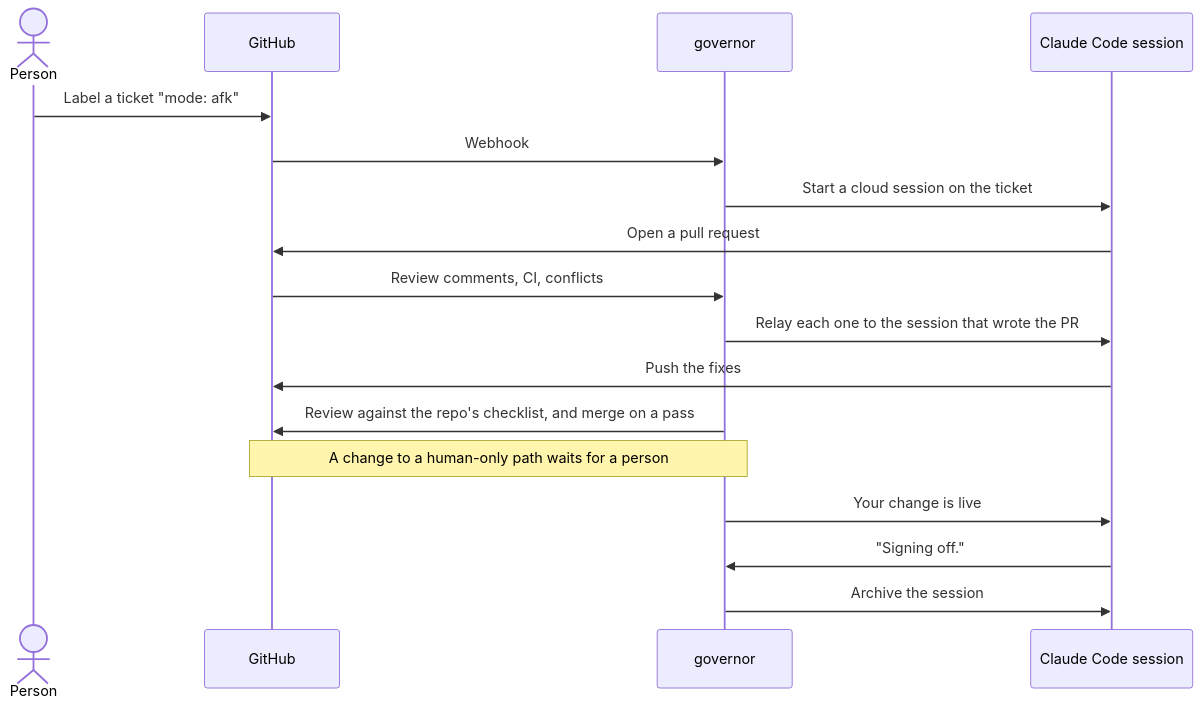
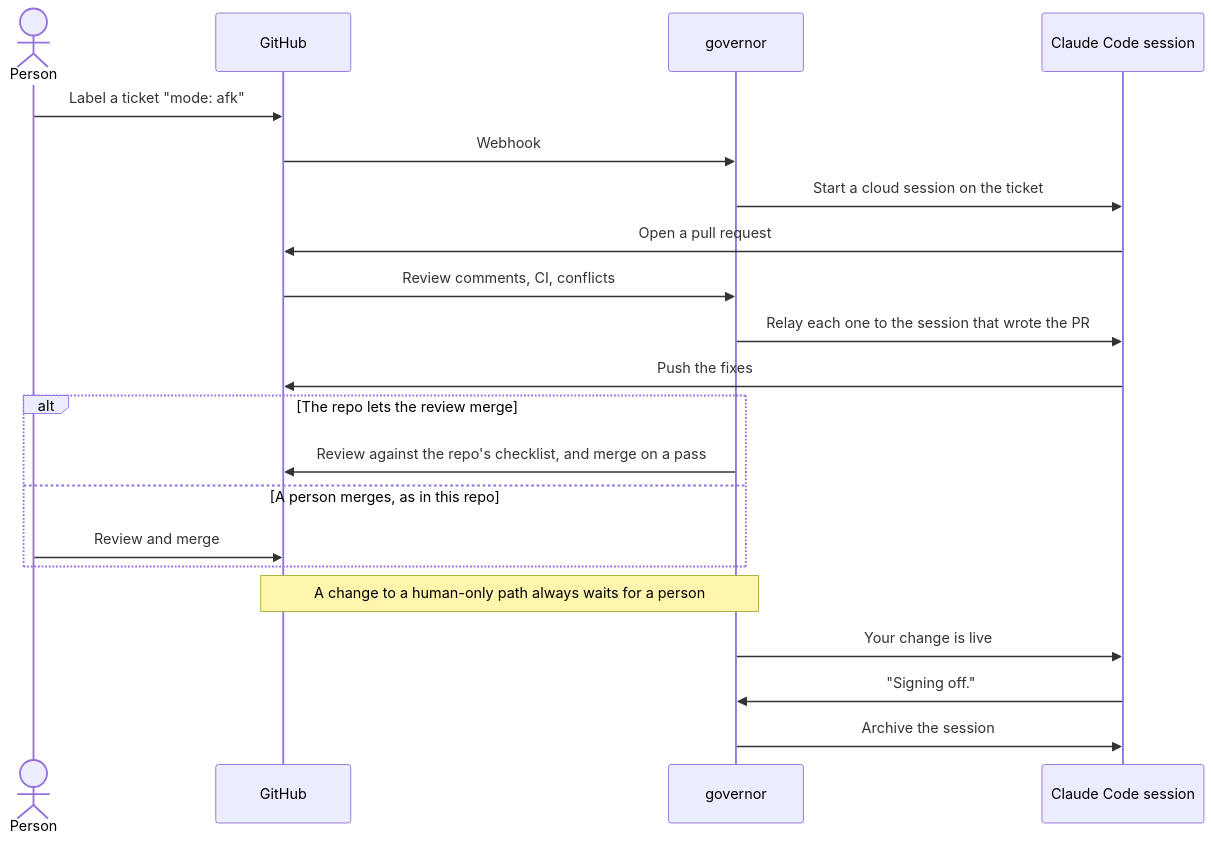
One commit to t-d-d/gh-governor changed the first of 2 diagrams in README.md. Above: the diagram before and after it, drawn with Mermaid. The commit also changed other lines of this file and 3 other files, not shown here.

````diff
--- a/README.md
+++ b/README.md
@@ -38,19 +43,23 @@
 ```mermaid
 sequenceDiagram
     actor P as Person
     participant GH as GitHub
     participant G as governor
     participant S as Claude Code session
     P->>GH: Label a ticket "mode: afk"
     GH->>G: Webhook
     G->>S: Start a cloud session on the ticket
     S->>GH: Open a pull request
     GH->>G: Review comments, CI, conflicts
     G->>S: Relay each one to the session that wrote the PR
     S->>GH: Push the fixes
-    G->>GH: Review against the repo's checklist, and merge on a pass
-    Note over G,GH: A change to a human-only path waits for a person
+    alt The repo lets the review merge
+        G->>GH: Review against the repo's checklist, and merge on a pass
+    else A person merges, as in this repo
+        P->>GH: Review and merge
+    end
+    Note over G,GH: A change to a human-only path always waits for a person
     G->>S: Your change is live
     S->>G: "Signing off."
     G->>S: Archive the session
 ```
````
